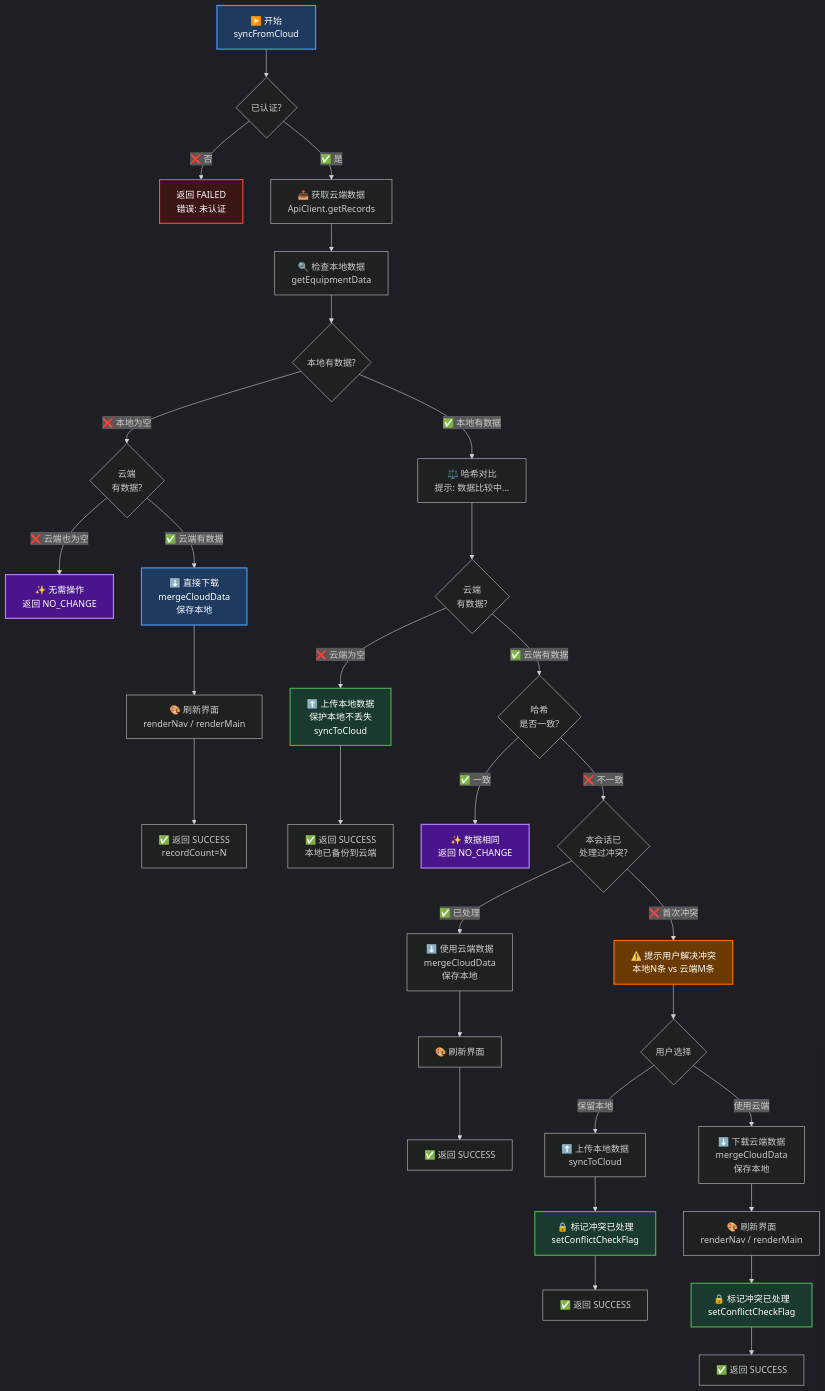
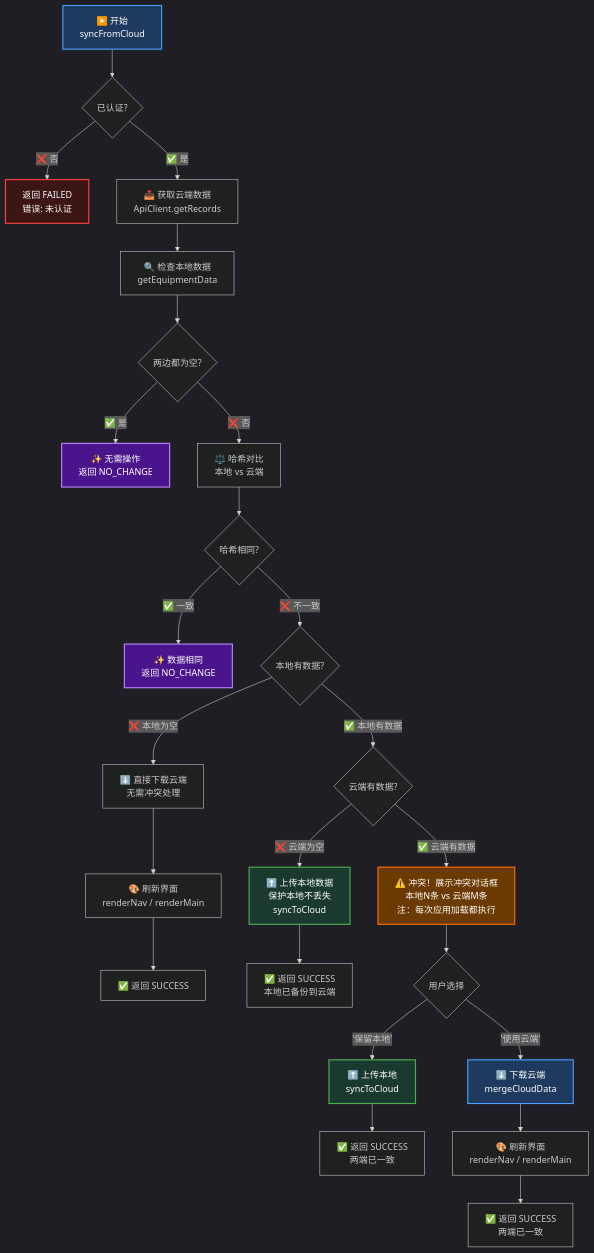
Before and after one commit to Fuck996/yanyu_tools: the second of 4 diagrams in doc/FLOWCHART_DIAGRAMS.md, drawn with Mermaid. The commit also changed other lines of this file and 2 other files, not shown here.

Commit message:
修正初始化和同步流程：轮询在登录时启动，移除冗余首次备份，冲突检测无条件执行

````diff
--- a/doc/FLOWCHART_DIAGRAMS.md
+++ b/doc/FLOWCHART_DIAGRAMS.md
@@ -74,52 +74,45 @@
 ```mermaid
 %%{init: {'theme':'dark'}}%%
 graph TD
     A["▶️ 开始<br/>syncFromCloud"] --> B{已认证?}
     B -->|"❌ 否"| FAIL["返回 FAILED<br/>错误: 未认证"]
-    B -->|"✅ 是"| C["📥 获取云端数据<br/>ApiClient.getRecords"]
+    B -->|"✅ 是"| FETCH["📥 获取云端数据<br/>ApiClient.getRecords"]
 
-    C --> D["🔍 检查本地数据<br/>getEquipmentData"]
-    D --> E{本地有数据?}
+    FETCH --> LOC["🔍 检查本地数据<br/>getEquipmentData"]
+    LOC --> BOTH_EMPTY{两边都为空?}
+    BOTH_EMPTY -->|"✅ 是"| DONE_EMPTY["✨ 无需操作<br/>返回 NO_CHANGE"]
 
-    E -->|"❌ 本地为空"| F{云端<br/>有数据?}
-    F -->|"❌ 云端也为空"| G["✨ 无需操作<br/>返回 NO_CHANGE"]
-    F -->|"✅ 云端有数据"| H["⬇️ 直接下载<br/>mergeCloudData<br/>保存本地"]
-    H --> H1["🎨 刷新界面<br/>renderNav / renderMain"]
-    H1 --> H2["✅ 返回 SUCCESS<br/>recordCount=N"]
+    BOTH_EMPTY -->|"❌ 否"| HASH_CHECK
+    HASH_CHECK["⚖️ 哈希对比<br/>本地 vs 云端"] --> SAME{哈希相同?}
+    SAME -->|"✅ 一致"| DONE_SAME["✨ 数据相同<br/>返回 NO_CHANGE"]
 
-    E -->|"✅ 本地有数据"| I["⚖️ 哈希对比<br/>提示: 数据比较中..."]
-    I --> J{云端<br/>有数据?}
+    SAME -->|"❌ 不一致"| LOC_HAS{本地有数据?}
 
-    J -->|"❌ 云端为空"| K["⬆️ 上传本地数据<br/>保护本地不丢失<br/>syncToCloud"]
-    K --> K1["✅ 返回 SUCCESS<br/>本地已备份到云端"]
+    LOC_HAS -->|"❌ 本地为空"| DL["⬇️ 直接下载云端<br/>无需冲突处理"]
+    DL --> DL1["🎨 刷新界面<br/>renderNav / renderMain"]
+    DL1 --> DL2["✅ 返回 SUCCESS"]
 
-    J -->|"✅ 云端有数据"| L{哈希<br/>是否一致?}
-    L -->|"✅ 一致"| M["✨ 数据相同<br/>返回 NO_CHANGE"]
+    LOC_HAS -->|"✅ 本地有数据"| CLOUD_HAS{云端有数据?}
 
-    L -->|"❌ 不一致"| N{本会话已<br/>处理过冲突?}
-    N -->|"✅ 已处理"| O["⬇️ 使用云端数据<br/>mergeCloudData<br/>保存本地"]
-    O --> O1["🎨 刷新界面"]
-    O1 --> O2["✅ 返回 SUCCESS"]
+    CLOUD_HAS -->|"❌ 云端为空"| PROTECT["⬆️ 上传本地数据<br/>保护本地不丢失<br/>syncToCloud"]
+    PROTECT --> PROTECT1["✅ 返回 SUCCESS<br/>本地已备份到云端"]
 
-    N -->|"❌ 首次冲突"| P["⚠️ 提示用户解决冲突<br/>本地N条 vs 云端M条"]
-    P --> Q{用户选择}
+    CLOUD_HAS -->|"✅ 云端有数据"| CONFLICT["⚠️ 冲突！展示冲突对话框<br/>本地N条 vs 云端M条<br/>注：每次应用加载都执行"]
+    CONFLICT --> CHOICE{用户选择}
 
-    Q -->|"保留本地"| R["⬆️ 上传本地数据<br/>syncToCloud"]
-    R --> R1["🔒 标记冲突已处理<br/>setConflictCheckFlag"]
-    R1 --> R2["✅ 返回 SUCCESS"]
+    CHOICE -->|"'保留本地'"| KL["⬆️ 上传本地<br/>syncToCloud"]
+    KL --> KL1["✅ 返回 SUCCESS<br/>两端已一致"]
 
-    Q -->|"使用云端"| S["⬇️ 下载云端数据<br/>mergeCloudData<br/>保存本地"]
-    S --> S1["🎨 刷新界面<br/>renderNav / renderMain"]
-    S1 --> S2["🔒 标记冲突已处理<br/>setConflictCheckFlag"]
-    S2 --> S3["✅ 返回 SUCCESS"]
+    CHOICE -->|"'使用云端'"| UC["⬇️ 下载云端<br/>mergeCloudData"]
+    UC --> UC1["🎨 刷新界面<br/>renderNav / renderMain"]
+    UC1 --> UC2["✅ 返回 SUCCESS<br/>两端已一致"]
 
     style A fill:#1e3a5f,stroke:#4a9eff,stroke-width:2px,color:#fff
     style FAIL fill:#3c1515,stroke:#ff4444,stroke-width:2px,color:#fff
-    style G fill:#4a148c,stroke:#bb86fc,stroke-width:2px,color:#fff
-    style M fill:#4a148c,stroke:#bb86fc,stroke-width:2px,color:#fff
-    style K fill:#1b3a2f,stroke:#4caf50,stroke-width:2px,color:#fff
-    style H fill:#1e3a5f,stroke:#4a9eff,stroke-width:2px,color:#fff
-    style P fill:#6b3a00,stroke:#ff6f00,stroke-width:2px,color:#fff
-    style R1 fill:#1b3a2f,stroke:#4caf50,stroke-width:2px,color:#fff
-    style S2 fill:#1b3a2f,stroke:#4caf50,stroke-width:2px,color:#fff
+    style DONE_EMPTY fill:#4a148c,stroke:#bb86fc,stroke-width:2px,color:#fff
+    style DONE_SAME fill:#4a148c,stroke:#bb86fc,stroke-width:2px,color:#fff
+    style PROTECT fill:#1b3a2f,stroke:#4caf50,stroke-width:2px,color:#fff
+    style CONFLICT fill:#6b3a00,stroke:#ff6f00,stroke-width:2px,color:#fff
+    style KL fill:#1b3a2f,stroke:#4caf50,stroke-width:2px,color:#fff
+    style UC fill:#1e3a5f,stroke:#4a9eff,stroke-width:2px,color:#fff
 ```
````
